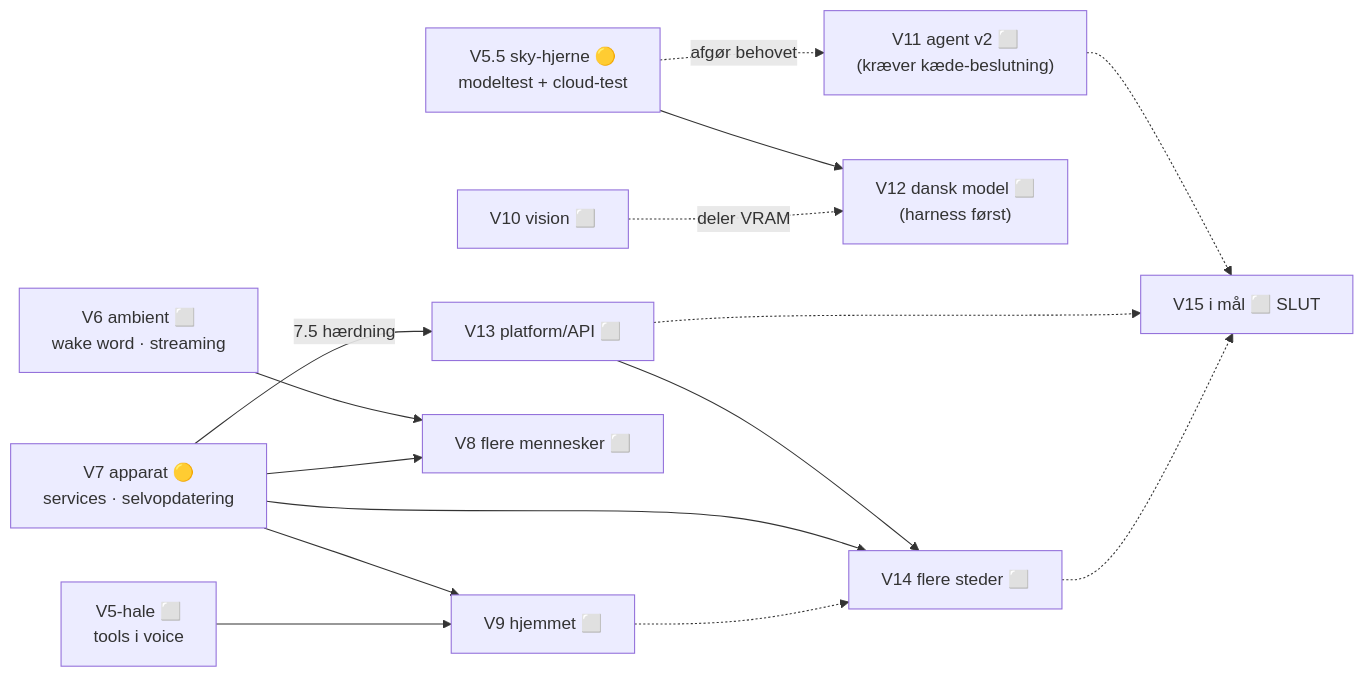
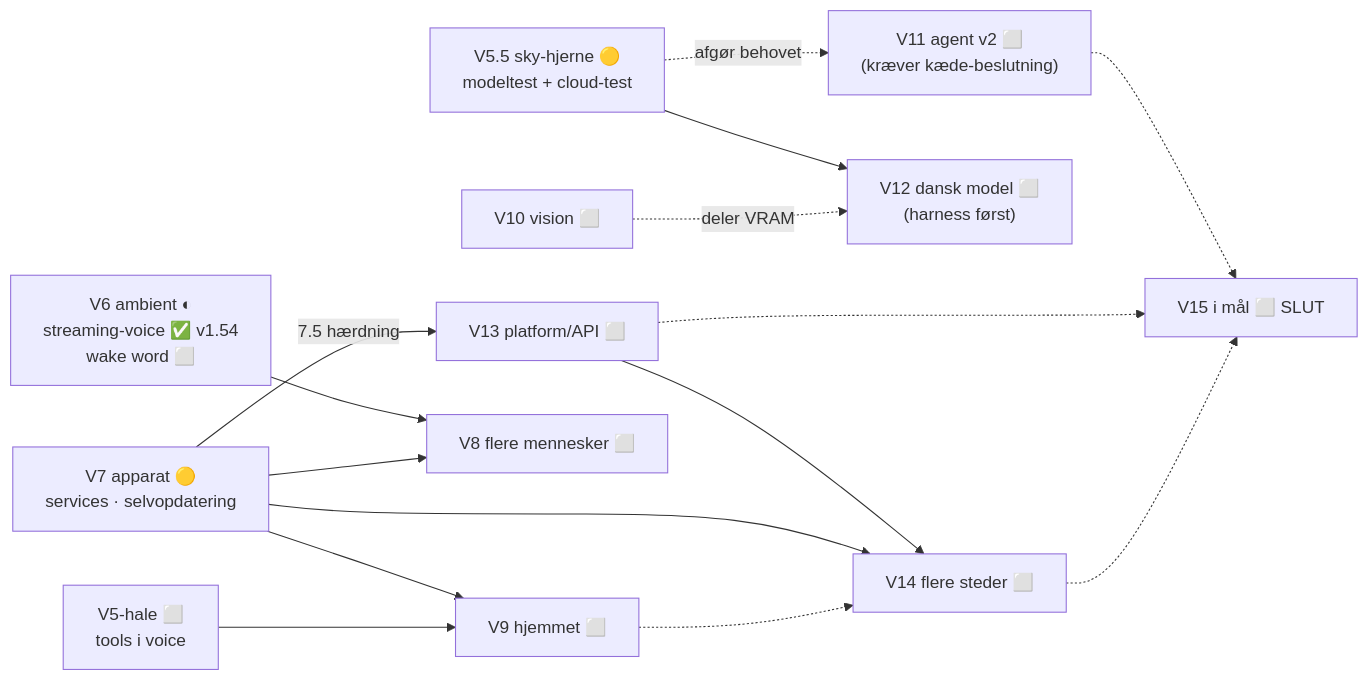
One commit to Ternedal/ModelRig changed the first of 2 diagrams in ROADMAP.md. Above: the diagram before and after it, drawn with Mermaid. The commit also changed other lines of this file and 8 other files, not shown here.

First line of the commit message:
docs: bring all documentation + architecture diagram current to v1.55.0

````diff
--- a/ROADMAP.md
+++ b/ROADMAP.md
@@ -774,30 +778,30 @@
 ```mermaid
 flowchart LR
     V55["V5.5 sky-hjerne 🟡<br/>modeltest + cloud-test"]
     V5t["V5-hale ⬜<br/>tools i voice"]
     V7["V7 apparat 🟡<br/>services · selvopdatering"]
-    V6["V6 ambient ⬜<br/>wake word · streaming"]
+    V6["V6 ambient ◐<br/>streaming-voice ✅ v1.54<br/>wake word ⬜"]
     V9["V9 hjemmet ⬜"]
     V10["V10 vision ⬜"]
     V11["V11 agent v2 ⬜<br/>(kræver kæde-beslutning)"]
     V12["V12 dansk model ⬜<br/>(harness først)"]
     V8["V8 flere mennesker ⬜"]
 
     V55 --> V12
     V7 --> V9
     V5t --> V9
     V6 --> V8
     V7 --> V8
     V10 -.->|"deler VRAM"| V12
     V55 -.->|"afgør behovet"| V11
     V13["V13 platform/API ⬜"]
     V14["V14 flere steder ⬜"]
     V15["V15 i mål ⬜ SLUT"]
     V7 -->|"7.5 hærdning"| V13
     V13 --> V14
     V7 --> V14
     V9 -.-> V14
     V11 -.-> V15
     V13 -.-> V15
     V14 -.-> V15
 ```
````
